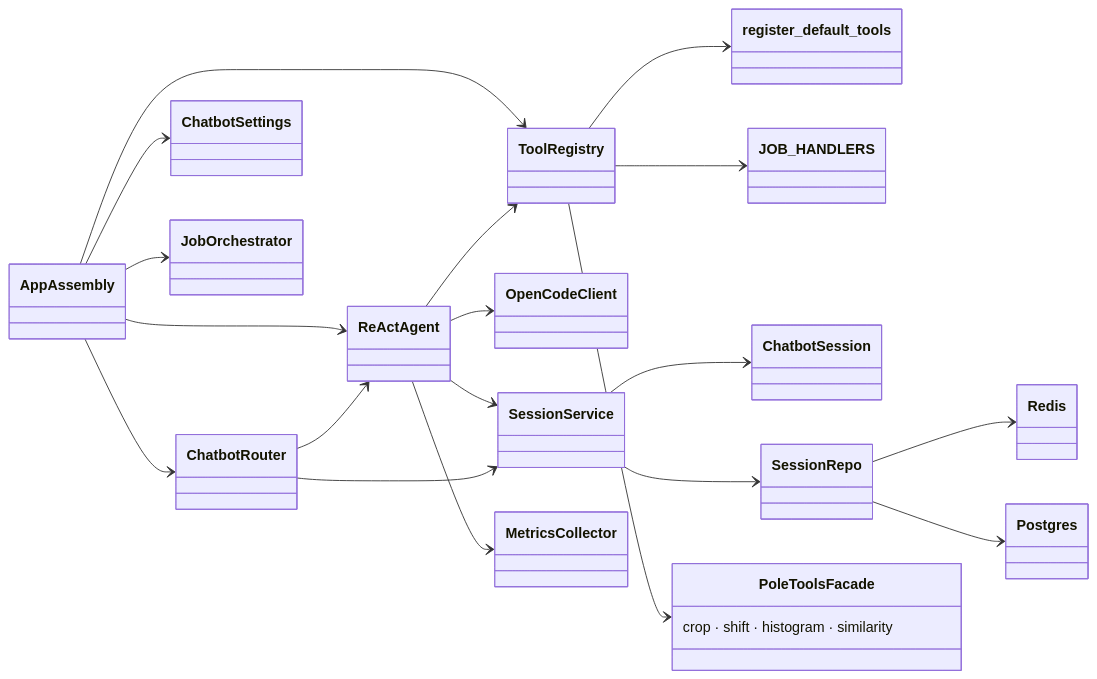
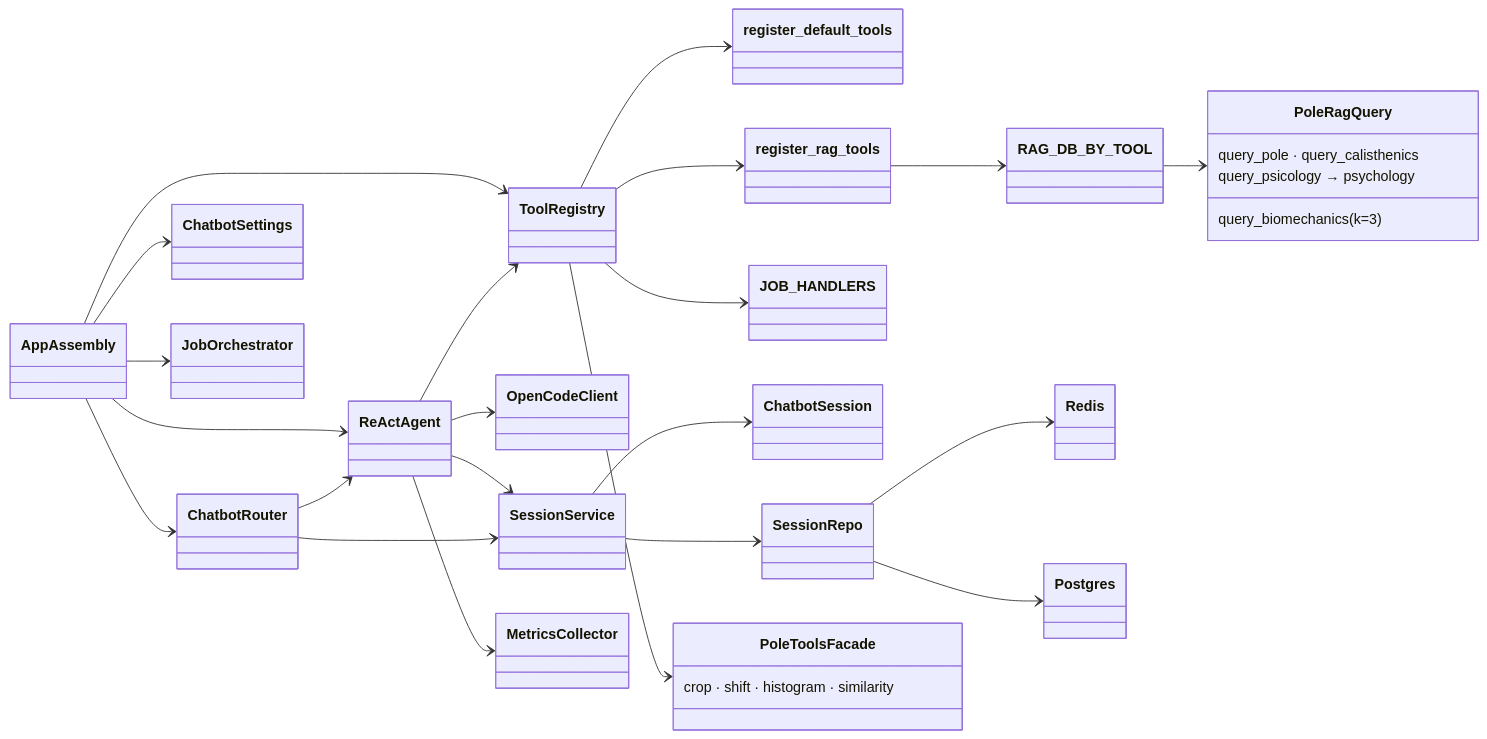
Before and after one commit to fpalero/pole-ai-ml-docs: the diagram in diagrams/chatbot/CLASSES.md, drawn with Mermaid. The commit also changed other lines of this file and 7 other files, not shown here.

First line of the commit message:
docs(rag+infra): regenerate DEVELOPEMENT + ARCHITECTURE + FLOW/CLASSES for Phase 6 DONE, 026 PAT+belt, 027 sha-tag E2E (#17)

````diff
--- a/diagrams/chatbot/CLASSES.md
+++ b/diagrams/chatbot/CLASSES.md
@@ -10,47 +10,57 @@
 ```mermaid
 classDiagram
     direction LR
 
     class ChatbotRouter
     class ReActAgent
     class ToolRegistry
     class register_default_tools
+    class register_rag_tools
+    class RAG_DB_BY_TOOL
     class JOB_HANDLERS
     class OpenCodeClient
     class SessionService
     class ChatbotSession
     class SessionRepo
     class MetricsCollector
     class ChatbotSettings
     class AppAssembly
 
     ChatbotRouter --> ReActAgent
     ChatbotRouter --> SessionService
 
     ReActAgent --> OpenCodeClient
     ReActAgent --> ToolRegistry
     ReActAgent --> SessionService
     ReActAgent --> MetricsCollector
 
     ToolRegistry --> register_default_tools
+    ToolRegistry --> register_rag_tools
     ToolRegistry --> JOB_HANDLERS
     ToolRegistry --> PoleToolsFacade
+    register_rag_tools --> RAG_DB_BY_TOOL
+    RAG_DB_BY_TOOL --> PoleRagQuery
 
     SessionService --> ChatbotSession
     SessionService --> SessionRepo
     SessionRepo --> Redis
     SessionRepo --> Postgres
 
     AppAssembly --> ChatbotRouter
     AppAssembly --> ChatbotSettings
     AppAssembly --> ReActAgent
     AppAssembly --> ToolRegistry
     AppAssembly --> JobOrchestrator
 
     class PoleToolsFacade {
         crop · shift · histogram · similarity
     }
+    class PoleRagQuery {
+        query_pole · query_calisthenics
+        query_psicology → psychology
+        query_biomechanics (k=3)
+    }
     class Redis
     class Postgres
     class JobOrchestrator
 ```
````
